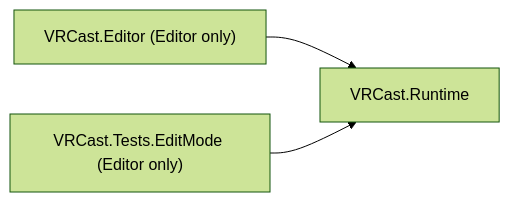
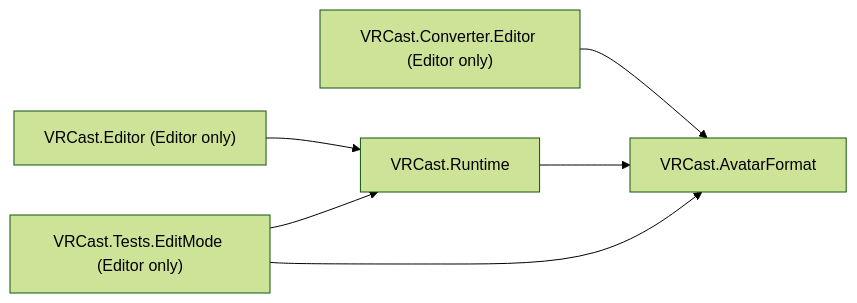
The second of 2 diagrams in docs/architecture.md (coffin299/VRCast), drawn with Mermaid (forest theme) before and after one commit. The commit also changed other lines of this file and 25 other files, not shown here.

Commit message:
Update README and documentation to reflect the implementation of Milestone 1, including avatar export functionality and assembly isolation tests. Adjust package references and clarify avatar package format details.

````diff
--- a/docs/architecture.md
+++ b/docs/architecture.md
@@ -22,5 +36,8 @@
 ```mermaid
 flowchart LR
-  editor["VRCast.Editor (Editor only)"] --> runtime["VRCast.Runtime"]
+  converterEditor["VRCast.Converter.Editor (Editor only)"] --> format["VRCast.AvatarFormat"]
+  runtime["VRCast.Runtime"] --> format
+  editor["VRCast.Editor (Editor only)"] --> runtime
   tests["VRCast.Tests.EditMode (Editor only)"] --> runtime
+  tests --> format
 ```
````
